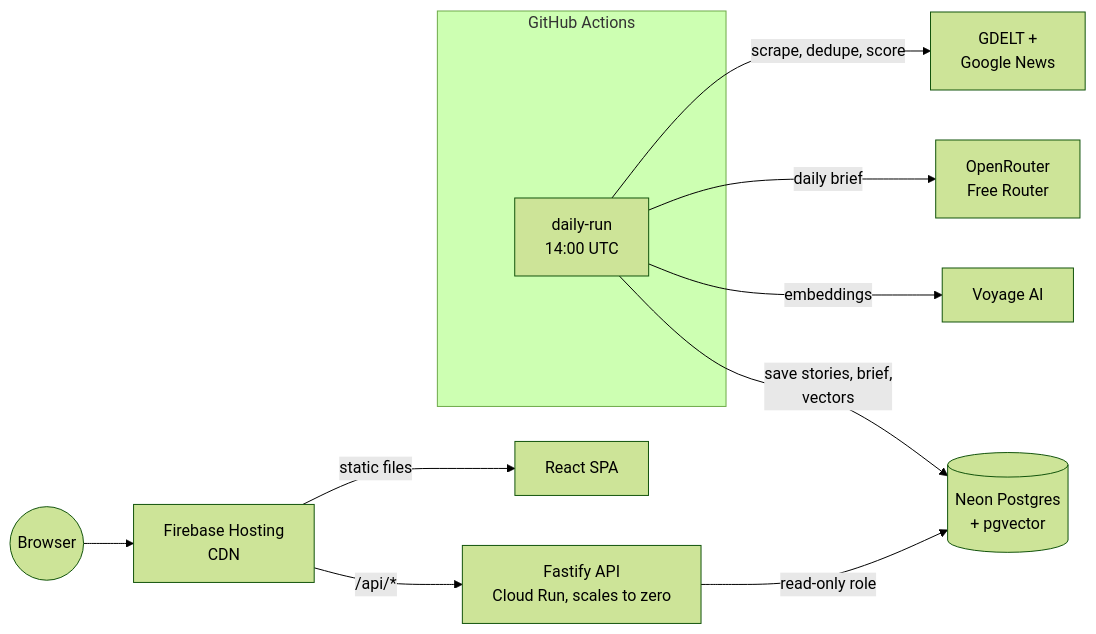
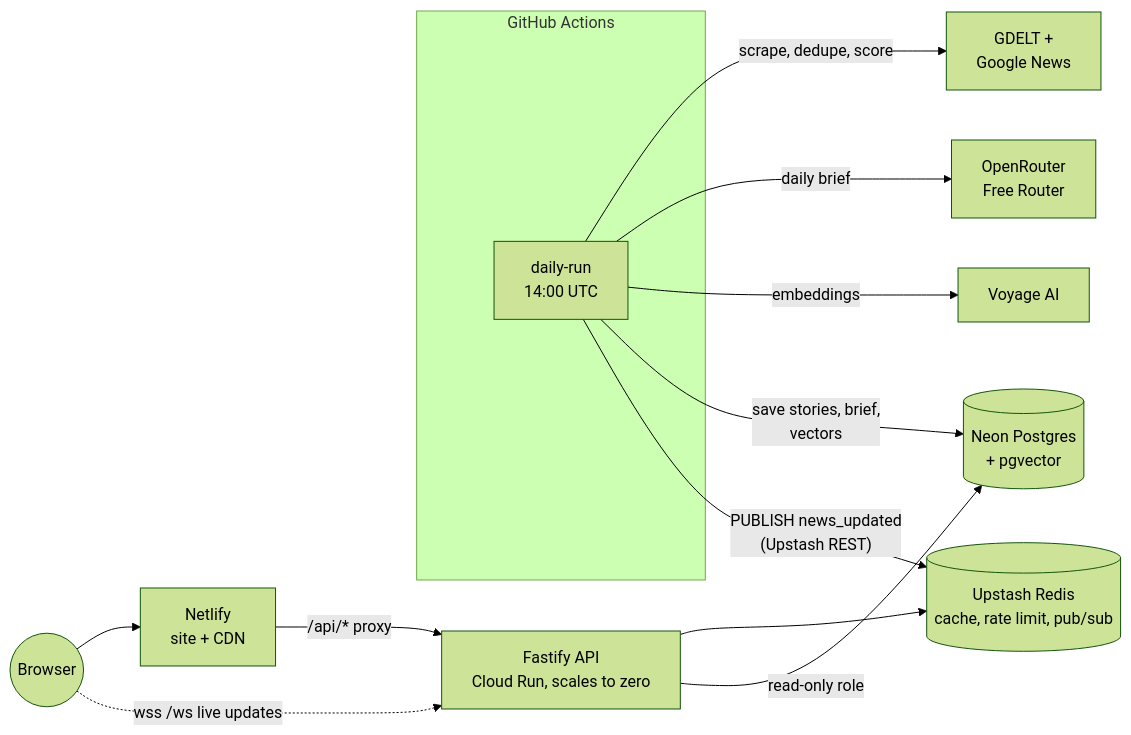
The diagram in README.md (divij-pawar/trump-of-the-day), drawn with Mermaid (forest theme) before and after one commit. The commit also changed other lines of this file and 8 other files, not shown here.

Commit message:
Docs: Netlify, Cloud Run and Upstash deployment

````diff
--- a/README.md
+++ b/README.md
@@ -21,14 +21,16 @@
 ```mermaid
 flowchart LR
   subgraph GitHub Actions
     cron[daily-run<br/>14:00 UTC]
   end
   cron -->|scrape, dedupe, score| news[GDELT +<br/>Google News]
   cron -->|daily brief| openrouter[OpenRouter<br/>Free Router]
   cron -->|embeddings| voyage[Voyage AI]
   cron -->|save stories, brief,<br/>vectors| neon[(Neon Postgres<br/>+ pgvector)]
-  browser((Browser)) --> fb[Firebase Hosting<br/>CDN]
-  fb -->|static files| spa[React SPA]
-  fb -->|/api/*| run[Fastify API<br/>Cloud Run, scales to zero]
+  cron -->|"PUBLISH news_updated<br/>(Upstash REST)"| redis[(Upstash Redis<br/>cache, rate limit, pub/sub)]
+  browser((Browser)) --> netlify[Netlify<br/>site + CDN]
+  netlify -->|/api/* proxy| run[Fastify API<br/>Cloud Run, scales to zero]
+  browser -.->|wss /ws live updates| run
+  run --> redis
   run -->|read-only role| neon
 ```
````
